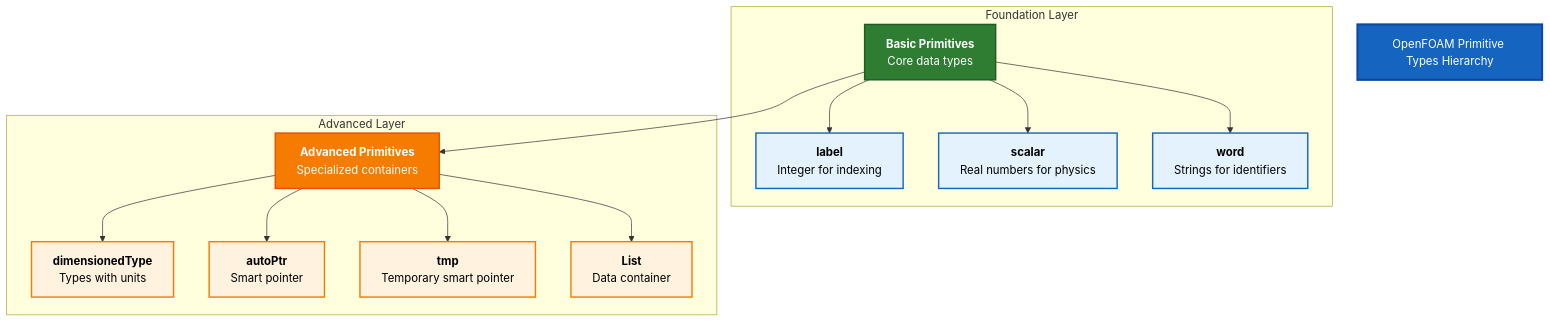
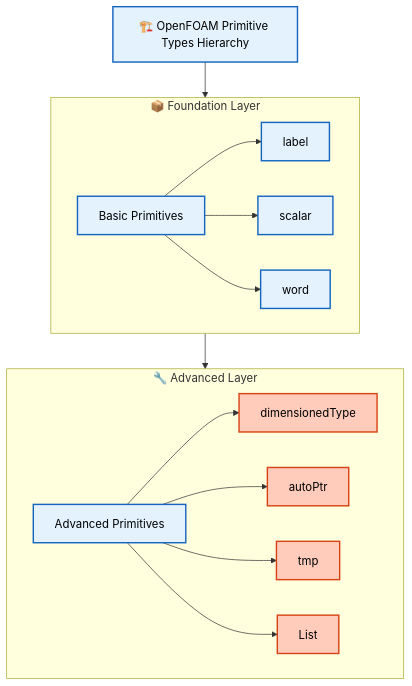
Before and after one commit to wramet/build-my-cfd: the second of 2 diagrams in MODULE_05_OPENFOAM_PROGRAMMING/CONTENT/01_FOUNDATION_PRIMITIVES/01_Introduction.md, drawn with Mermaid. The commit also changed other lines of this file and 313 other files, not shown here.

Commit message:
Revise all diagram

````diff
--- a/MODULE_05_OPENFOAM_PROGRAMMING/CONTENT/01_FOUNDATION_PRIMITIVES/01_Introduction.md
+++ b/MODULE_05_OPENFOAM_PROGRAMMING/CONTENT/01_FOUNDATION_PRIMITIVES/01_Introduction.md
@@ -142,37 +141,30 @@
 ```mermaid
 graph TD
-    A["OpenFOAM Primitive Types Hierarchy"]
+%% Classes
+classDef explicit fill:#ffccbc,stroke:#d84315,stroke-width:2px,color:#000
+classDef implicit fill:#e3f2fd,stroke:#1565c0,stroke-width:2px,color:#000
 
-    subgraph "Foundation Layer"
-        B["<b>Basic Primitives</b><br/>Core data types"]
-        B --> C["<b>label</b><br/>Integer for indexing"]
-        B --> D["<b>scalar</b><br/>Real numbers for physics"]
-        B --> E["<b>word</b><br/>Strings for identifiers"]
-    end
+A["🏗️ OpenFOAM Primitive Types Hierarchy"]:::implicit
 
-    subgraph "Advanced Layer"
-        F["<b>Advanced Primitives</b><br/>Specialized containers"]
-        F --> G["<b>dimensionedType</b><br/>Types with units"]
-        F --> H["<b>autoPtr</b><br/>Smart pointer"]
-        F --> I["<b>tmp</b><br/>Temporary smart pointer"]
-        F --> J["<b>List</b><br/>Data container"]
-    end
+subgraph Foundation["📦 Foundation Layer"]
+    direction LR
+    B["Basic Primitives"]:::implicit
+    C["label"]:::implicit
+    D["scalar"]:::implicit
+    E["word"]:::implicit
+end
 
-    B --> F
+subgraph Advanced["🔧 Advanced Layer"]
+    direction LR
+    F["Advanced Primitives"]:::implicit
+    G["dimensionedType"]:::explicit
+    H["autoPtr"]:::explicit
+    I["tmp"]:::explicit
+    J["List"]:::explicit
+end
 
-    style A fill:#1565c0,stroke:#0d47a1,stroke-width:3px,color:#fff
-    style B fill:#2e7d32,stroke:#1b5e20,stroke-width:2px,color:#fff
-    style F fill:#f57c00,stroke:#e65100,stroke-width:2px,color:#fff
-    style C fill:#e3f2fd,stroke:#1565c0,stroke-width:2px,color:#000
-    style D fill:#e3f2fd,stroke:#1565c0,stroke-width:2px,color:#000
-    style E fill:#e3f2fd,stroke:#1565c0,stroke-width:2px,color:#000
-    style G fill:#fff3e0,stroke:#f57c00,stroke-width:2px,color:#000
-    style H fill:#fff3e0,stroke:#f57c00,stroke-width:2px,color:#000
-    style I fill:#fff3e0,stroke:#f57c00,stroke-width:2px,color:#000
-    style J fill:#fff3e0,stroke:#f57c00,stroke-width:2px,color:#000
-
-    classDef process fill:#e3f2fd,stroke:#1565c0,stroke-width:2px,color:#000;
-    classDef decision fill:#fff9c4,stroke:#fbc02d,stroke-width:2px,color:#000;
-    classDef terminator fill:#ffebee,stroke:#c62828,stroke-width:2px,color:#000;
-    classDef storage fill:#e8f5e9,stroke:#2e7d32,stroke-width:2px,color:#000;
+A --> B
+B --> C & D & E
+B --> F
+F --> G & H & I & J
 ```
````
